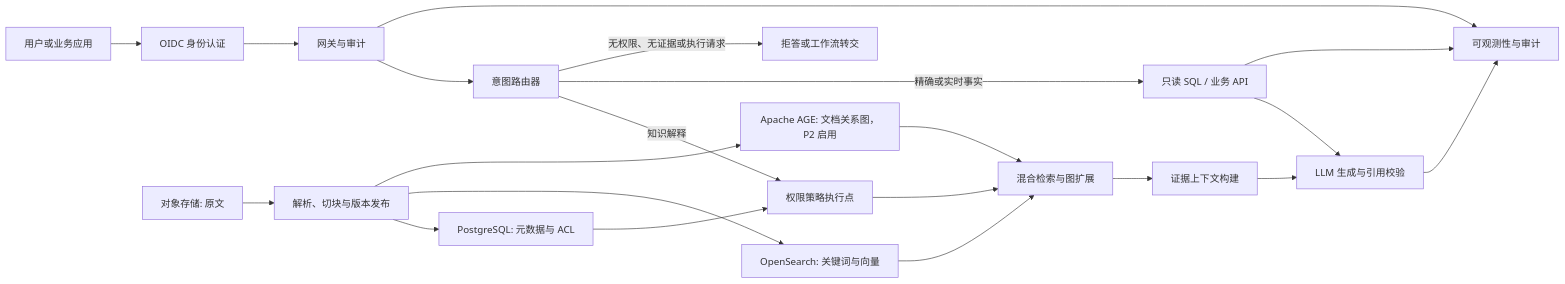
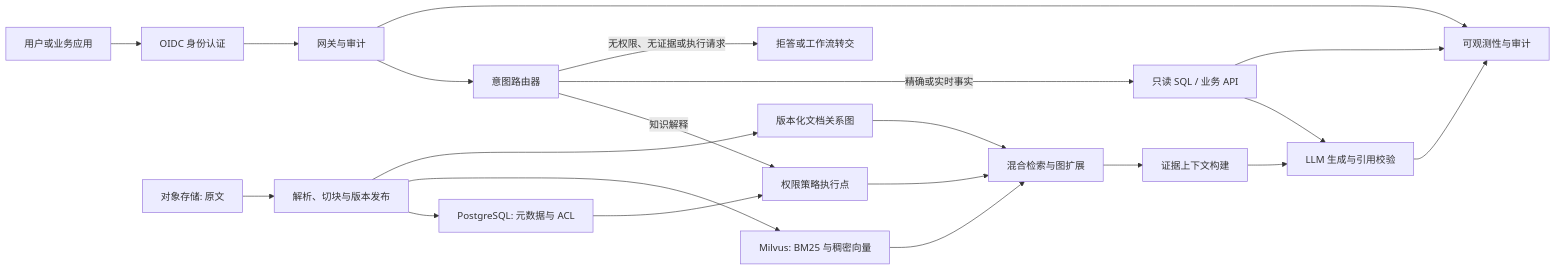
Before and after one commit to StagoMax/enterprise-rag-p1: the diagram in docs/02-技术选型与架构.md, drawn with Mermaid. The commit also changed other lines of this file and 89 other files, not shown here.

````diff
--- a/docs/02-技术选型与架构.md
+++ b/docs/02-技术选型与架构.md
@@ -11,23 +11,23 @@
 ```mermaid
 flowchart LR
     U[用户或业务应用] --> I[OIDC 身份认证]
     I --> G[网关与审计]
     G --> R[意图路由器]
     R -->|知识解释| P[权限策略执行点]
     P --> H[混合检索与图扩展]
     H --> C[证据上下文构建]
     C --> L[LLM 生成与引用校验]
     R -->|精确或实时事实| T[只读 SQL / 业务 API]
     T --> L
     R -->|无权限、无证据或执行请求| X[拒答或工作流转交]
     D[对象存储: 原文] --> E[解析、切块与版本发布]
     E --> M[PostgreSQL: 元数据与 ACL]
-    E --> S[OpenSearch: 关键词与向量]
-    E --> N[Apache AGE: 文档关系图，P2 启用]
+    E --> S[Milvus: BM25 与稠密向量]
+    E --> N[版本化文档关系图]
     M --> P
     S --> H
     N --> H
     G --> O[可观测性与审计]
     L --> O
     T --> O
 ```
````
